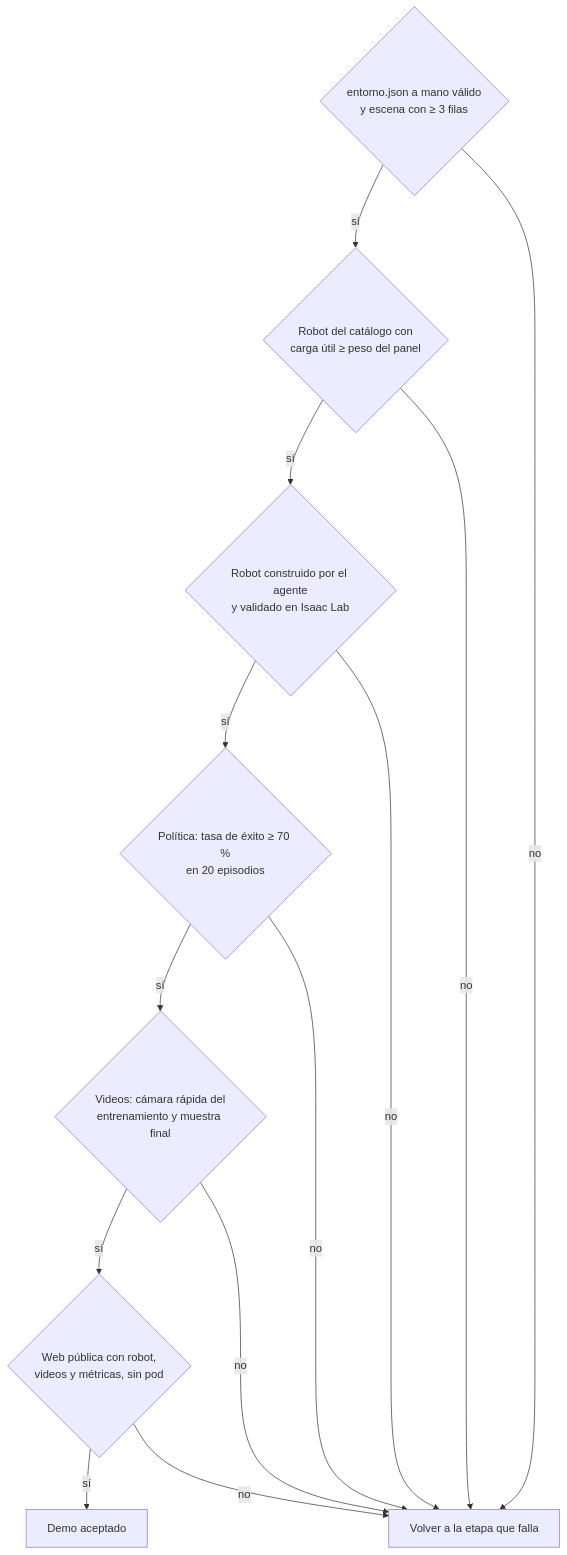
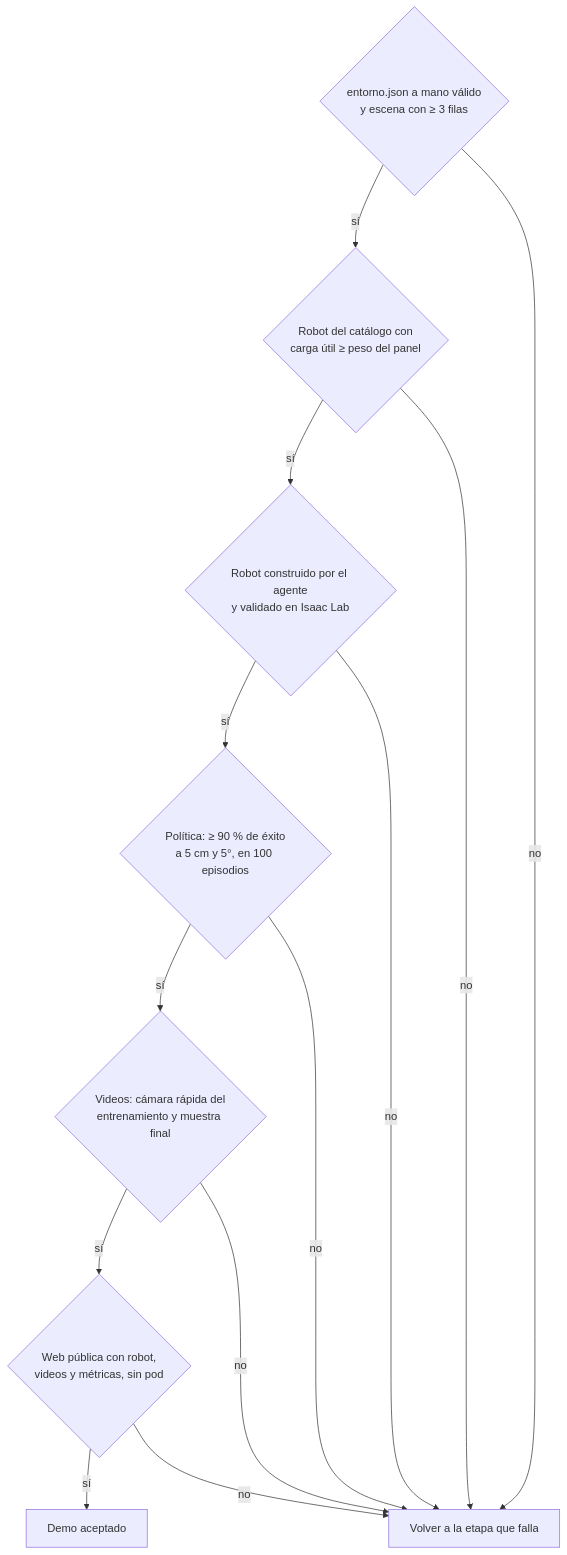
The sixth of 7 diagrams in docs/requerimientos.md (platanus-hack/platanus-hack-26-cl-team-4), drawn with Mermaid before and after one commit. The commit also changed other lines of this file and 6 other files, not shown here.

````diff
--- a/docs/requerimientos.md
+++ b/docs/requerimientos.md
@@ -347,10 +356,10 @@
 ```mermaid
 flowchart TD
   A1{"entorno.json a mano válido<br/>y escena con ≥ 3 filas"} -->|sí| A2{"Robot del catálogo con<br/>carga útil ≥ peso del panel"}
   A2 -->|sí| A3{"Robot construido por el agente<br/>y validado en Isaac Lab"}
-  A3 -->|sí| A4{"Política: tasa de éxito ≥ 70 %<br/>en 20 episodios"}
+  A3 -->|sí| A4{"Política: ≥ 90 % de éxito<br/>a 5 cm y 5°, en 100 episodios"}
   A4 -->|sí| A5{"Videos: cámara rápida del<br/>entrenamiento y muestra final"}
   A5 -->|sí| A6{"Web pública con robot,<br/>videos y métricas, sin pod"}
   A6 -->|sí| OK[Demo aceptado]
   A1 & A2 & A3 & A4 & A5 & A6 -->|no| FIX[Volver a la etapa que falla]
 ```
````
